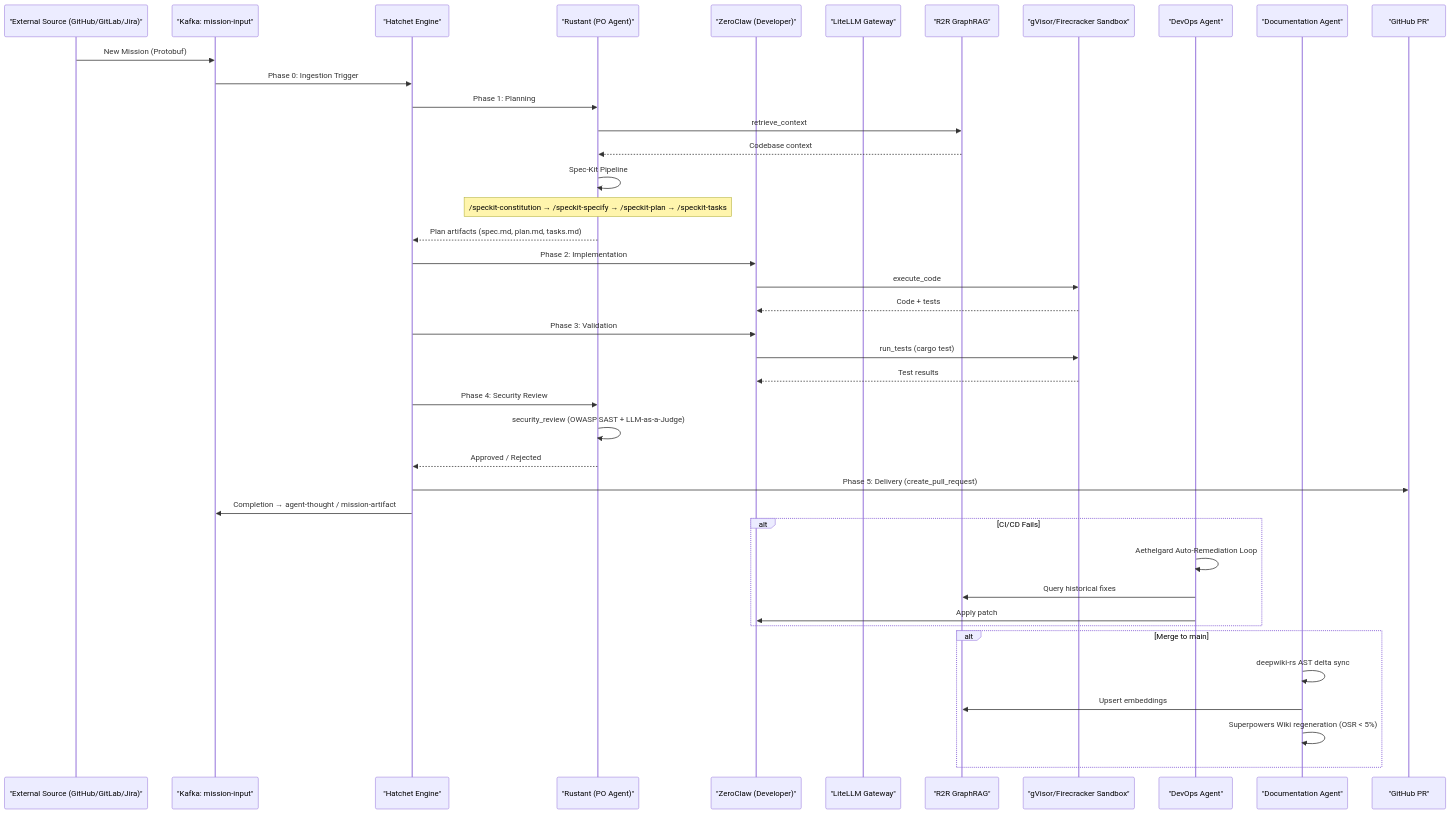
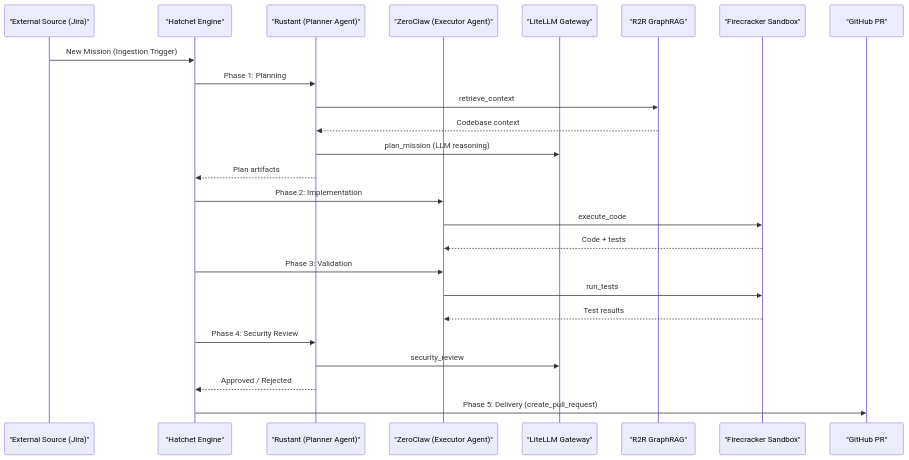
One commit to lgcorzo/rust_CACD_autonomous_factory changed the first of 2 diagrams in wiki/EXPERIMENT-LIFECYCLE.md. Above: the diagram before and after it, drawn with Mermaid. The commit also changed other lines of this file and 21 other files, not shown here.

Commit message:
feat: integrate and formalize Documentation_agent workflow across project documentation and agent specifications

````diff
--- a/wiki/EXPERIMENT-LIFECYCLE.md
+++ b/wiki/EXPERIMENT-LIFECYCLE.md
@@ -11,44 +11,28 @@
 ```mermaid
 sequenceDiagram
-    participant Ext as "External Source (GitHub/GitLab/Jira)"
-    participant Kafka as "Kafka: mission-input"
+    participant Ext as "External Source (Jira)"
     participant Hatchet as "Hatchet Engine"
-    participant RU as "Rustant (PO Agent)"
-    participant ZC as "ZeroClaw (Developer)"
+    participant RU as "Rustant (Planner Agent)"
+    participant ZC as "ZeroClaw (Executor Agent)"
     participant LLM as "LiteLLM Gateway"
     participant R2R as "R2R GraphRAG"
-    participant Sandbox as "gVisor/Firecracker Sandbox"
-    participant DevOps as "DevOps Agent"
-    participant Doc as "Documentation Agent"
+    participant Sandbox as "Firecracker Sandbox"
     participant GH as "GitHub PR"
 
-    Ext->>Kafka: New Mission (Protobuf)
-    Kafka->>Hatchet: Phase 0: Ingestion Trigger
+    Ext->>Hatchet: New Mission (Ingestion Trigger)
     Hatchet->>RU: Phase 1: Planning
     RU->>R2R: retrieve_context
     R2R-->>RU: Codebase context
-    RU->>RU: Spec-Kit Pipeline
-    Note over RU: /speckit-constitution → /speckit-specify → /speckit-plan → /speckit-tasks
-    RU-->>Hatchet: Plan artifacts (spec.md, plan.md, tasks.md)
+    RU->>LLM: plan_mission (LLM reasoning)
+    RU-->>Hatchet: Plan artifacts
     Hatchet->>ZC: Phase 2: Implementation
     ZC->>Sandbox: execute_code
     Sandbox-->>ZC: Code + tests
     Hatchet->>ZC: Phase 3: Validation
-    ZC->>Sandbox: run_tests (cargo test)
+    ZC->>Sandbox: run_tests
     Sandbox-->>ZC: Test results
     Hatchet->>RU: Phase 4: Security Review
-    RU->>RU: security_review (OWASP SAST + LLM-as-a-Judge)
+    RU->>LLM: security_review
     RU-->>Hatchet: Approved / Rejected
     Hatchet->>GH: Phase 5: Delivery (create_pull_request)
-    Hatchet->>Kafka: Completion → agent-thought / mission-artifact
-    alt CI/CD Fails
-        DevOps->>DevOps: Aethelgard Auto-Remediation Loop
-        DevOps->>R2R: Query historical fixes
-        DevOps->>ZC: Apply patch
-    end
-    alt Merge to main
-        Doc->>Doc: deepwiki-rs AST delta sync
-        Doc->>R2R: Upsert embeddings
-        Doc->>Doc: Superpowers Wiki regeneration (OSR < 5%)
-    end
 ```
````
